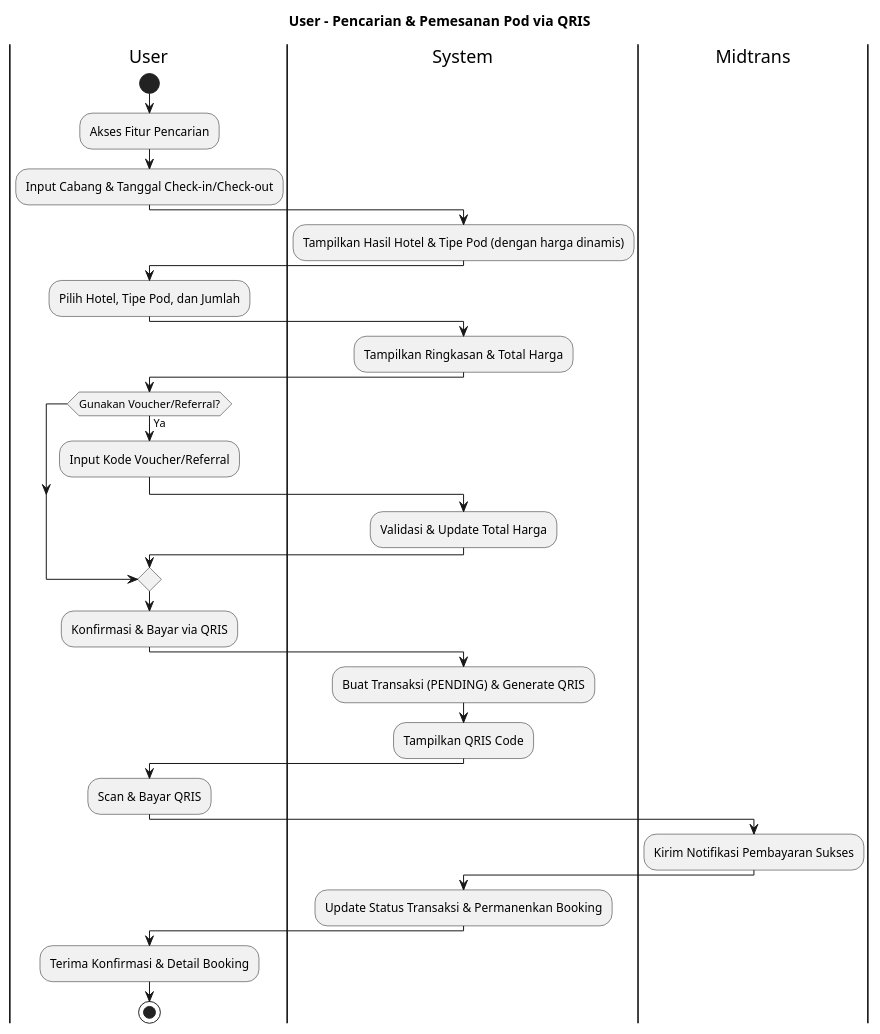
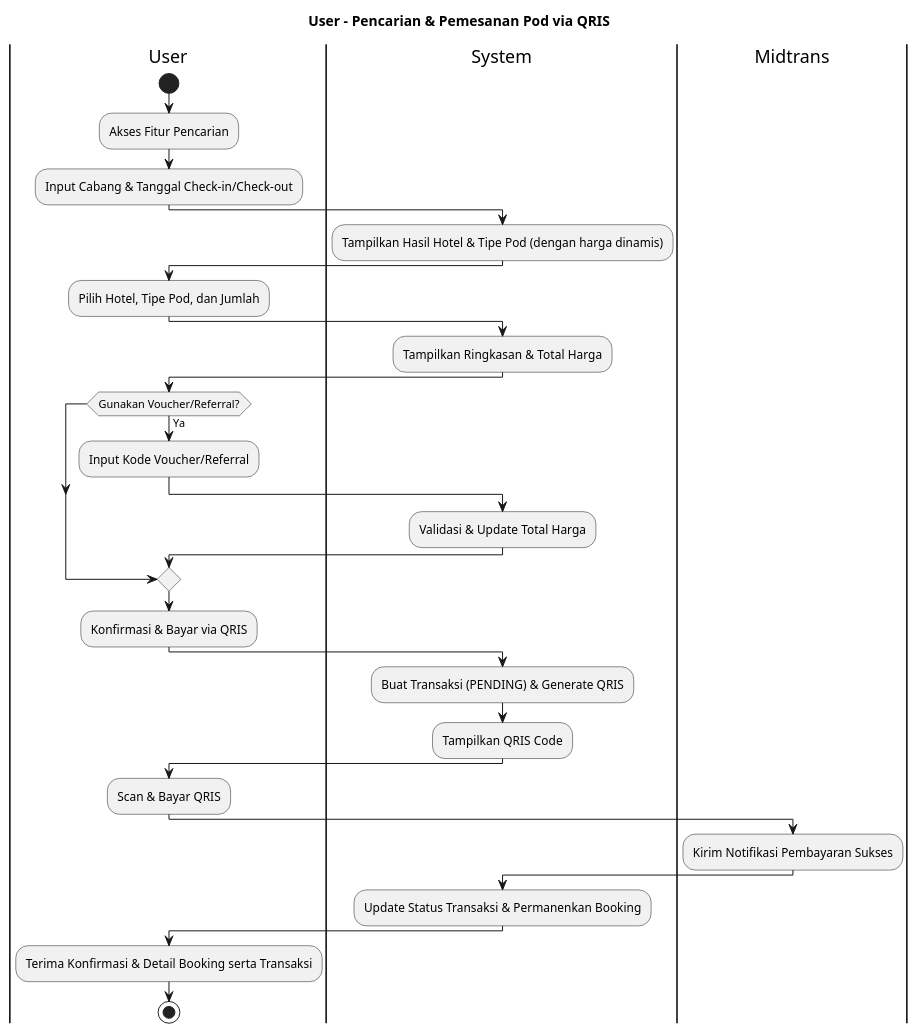
Before and after one commit to aliifam/final-project: the diagram in diagram/raw/ad/user/reservasi.plantuml, drawn with PlantUML. The commit also changed 75 other files, not shown here.

```diff
--- a/diagram/raw/ad/user/reservasi.plantuml
+++ b/diagram/raw/ad/user/reservasi.plantuml
@@ -1,39 +1,39 @@
 @startuml
 title User - Pencarian & Pemesanan Pod via QRIS
 
 |User|
 start
 :Akses Fitur Pencarian;
 :Input Cabang & Tanggal Check-in/Check-out;
 |System|
 :Tampilkan Hasil Hotel & Tipe Pod (dengan harga dinamis);
 |User|
 :Pilih Hotel, Tipe Pod, dan Jumlah;
 |System|
 :Tampilkan Ringkasan & Total Harga;
 
 |User|
 if (Gunakan Voucher/Referral?) then (Ya)
   :Input Kode Voucher/Referral;
   |System|
   :Validasi & Update Total Harga;
 endif
 
 |User|
 :Konfirmasi & Bayar via QRIS;
 |System|
 :Buat Transaksi (PENDING) & Generate QRIS;
 :Tampilkan QRIS Code;
 
 |User|
 :Scan & Bayar QRIS;
 
 |Midtrans|
 :Kirim Notifikasi Pembayaran Sukses;
 |System|
 :Update Status Transaksi & Permanenkan Booking;
 
 |User|
-:Terima Konfirmasi & Detail Booking;
+:Terima Konfirmasi & Detail Booking serta Transaksi;
 stop
 @enduml
```
